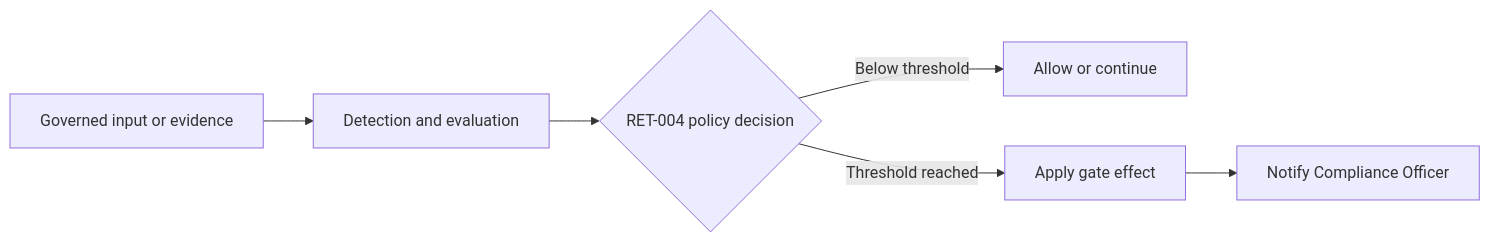
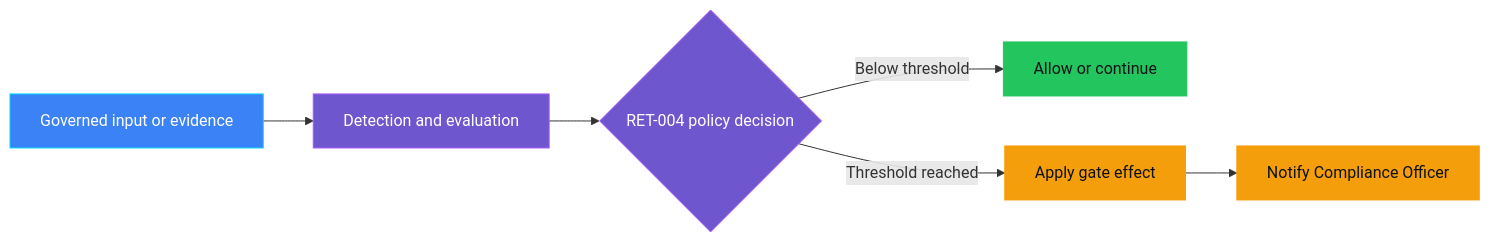
Before and after one commit to doruit/forged-with-foundry: the first of 2 diagrams in controls/closure/RET-004_archival_evidence_incomplete/README.md, drawn with Mermaid. The commit also changed other lines of this file and 167 other files, not shown here.

````diff
--- a/controls/closure/RET-004_archival_evidence_incomplete/README.md
+++ b/controls/closure/RET-004_archival_evidence_incomplete/README.md
@@ -37,8 +41,17 @@
 ```mermaid
 flowchart LR
     I[Governed input or evidence] --> D[Detection and evaluation]
     D --> P{RET-004 policy decision}
     P -->|Below threshold| A[Allow or continue]
     P -->|Threshold reached| E[Apply gate effect]
     E --> O[Notify Compliance Officer]
+
+    classDef governance fill:#6E56CF,stroke:#A855F7,color:#FFFFFF
+    classDef platform fill:#3B82F6,stroke:#00D4FF,color:#FFFFFF
+    classDef success fill:#22C55E,stroke:#22C55E,color:#0D1117
+    classDef attention fill:#F59E0B,stroke:#F59E0B,color:#0D1117
+    class D,P governance
+    class I platform
+    class A success
+    class E,O attention
 ```
````
